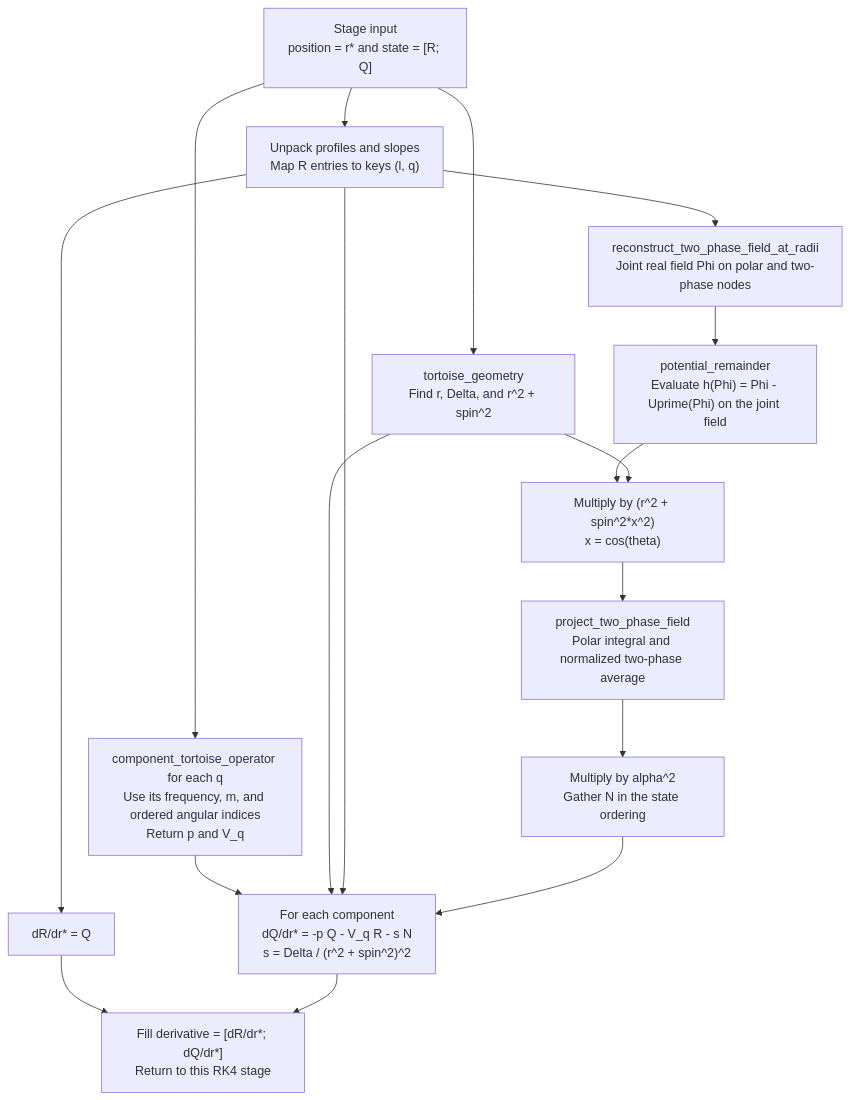
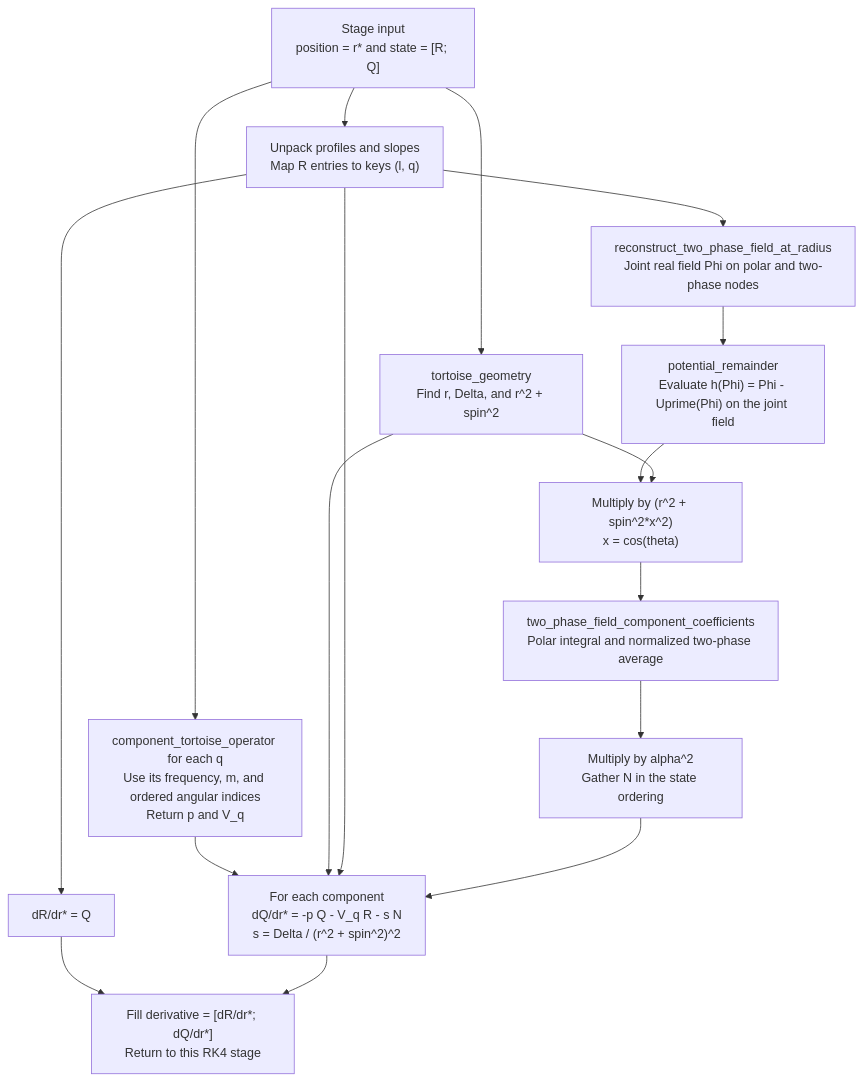
Before and after one commit to clwelch03/axion-sr-sim: the second of 2 diagrams in docs/multiphase-rk4-design.md, drawn with Mermaid. The commit also changed other lines of this file and 8 other files, not shown here.

````diff
--- a/docs/multiphase-rk4-design.md
+++ b/docs/multiphase-rk4-design.md
@@ -115,26 +115,26 @@
 ```mermaid
 flowchart TD
     INPUT["Stage input<br/>position = r* and state = [R; Q]"]
     UNPACK["Unpack profiles and slopes<br/>Map R entries to keys (l, q)"]
     GEOMETRY["tortoise_geometry<br/>Find r, Delta, and r^2 + spin^2"]
-    FIELD["reconstruct_two_phase_field_at_radii<br/>Joint real field Phi on polar and two-phase nodes"]
+    FIELD["reconstruct_two_phase_field_at_radius<br/>Joint real field Phi on polar and two-phase nodes"]
     REMAINDER["potential_remainder<br/>Evaluate h(Phi) = Phi - Uprime(Phi) on the joint field"]
     WEIGHT["Multiply by (r^2 + spin^2*x^2)<br/>x = cos(theta)"]
-    PROJECT["project_two_phase_field<br/>Polar integral and normalized two-phase average"]
+    PROJECT["two_phase_field_component_coefficients<br/>Polar integral and normalized two-phase average"]
     SOURCE["Multiply by alpha^2<br/>Gather N in the state ordering"]
     LINEAR["component_tortoise_operator for each q<br/>Use its frequency, m, and ordered angular indices<br/>Return p and V_q"]
     SLOPE["For each component<br/>dQ/dr* = -p Q - V_q R - s N<br/>s = Delta / (r^2 + spin^2)^2"]
     PROFILE["dR/dr* = Q"]
     OUTPUT["Fill derivative = [dR/dr*; dQ/dr*]<br/>Return to this RK4 stage"]
     INPUT --> UNPACK
     INPUT --> GEOMETRY
     UNPACK --> FIELD --> REMAINDER --> WEIGHT --> PROJECT --> SOURCE
     GEOMETRY --> WEIGHT
     INPUT --> LINEAR --> SLOPE
     GEOMETRY --> SLOPE
     UNPACK --> SLOPE
     SOURCE --> SLOPE
     UNPACK --> PROFILE
     PROFILE --> OUTPUT
     SLOPE --> OUTPUT
 ```
````
